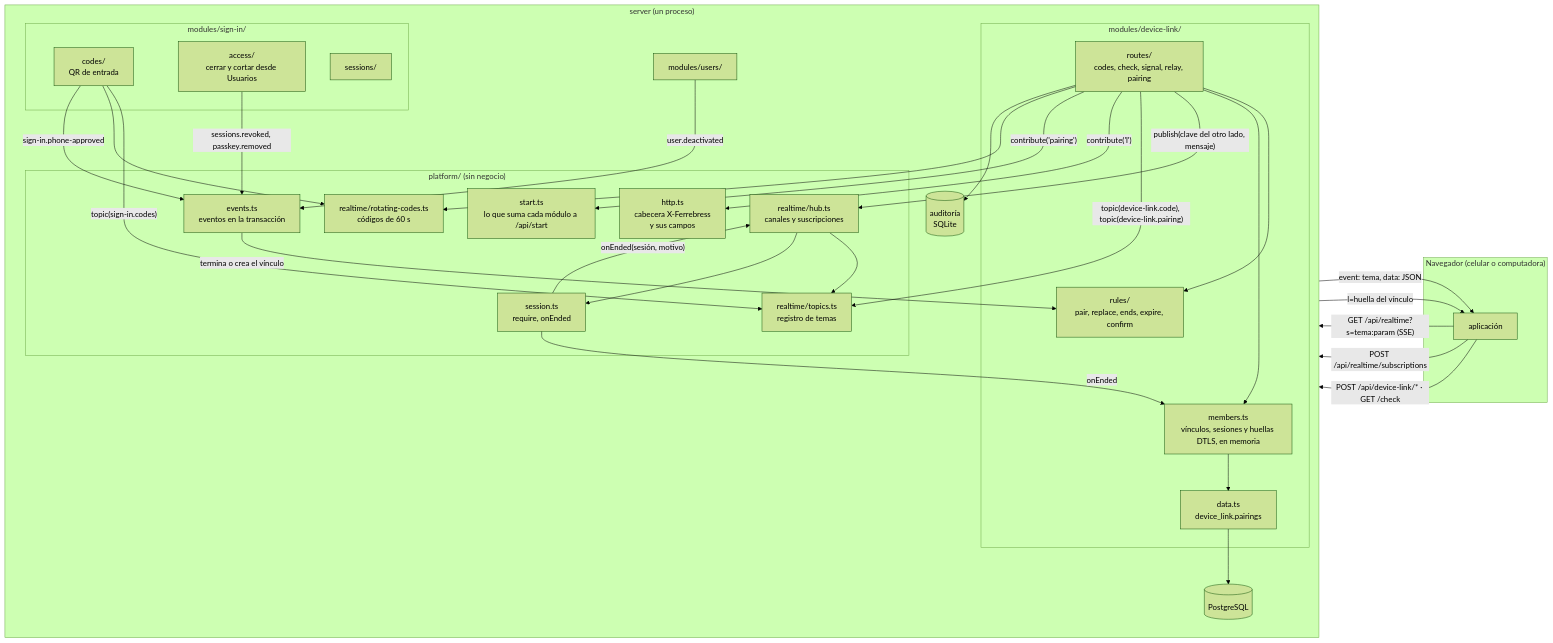
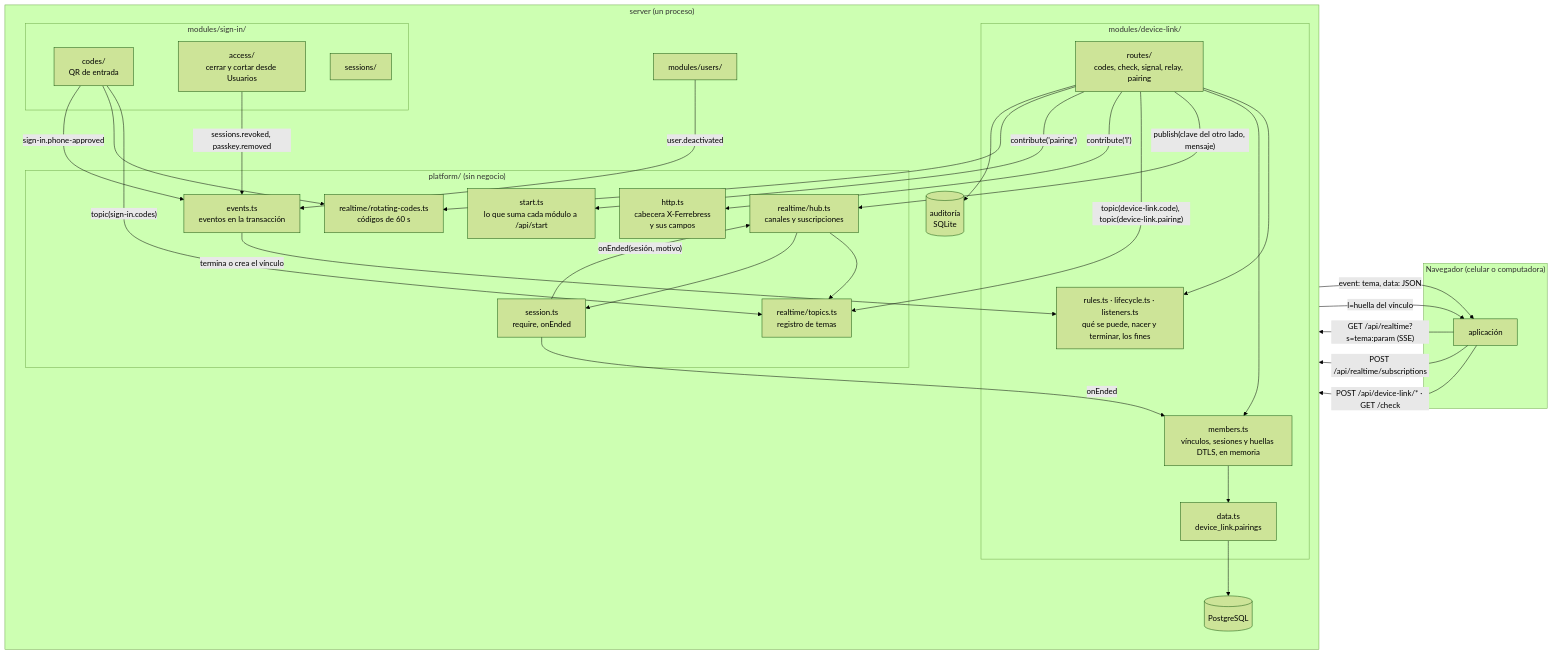
One commit to carlos-illobre/ferrebress changed the first of 13 diagrams in docs/technical/modules/device-link.md. Above: the diagram before and after it, drawn with Mermaid (forest theme). The commit also changed other lines of this file and 15 other files, not shown here.

````diff
--- a/docs/technical/modules/device-link.md
+++ b/docs/technical/modules/device-link.md
@@ -71,59 +71,59 @@
 ```mermaid
 flowchart LR
   subgraph browser["Navegador (celular o computadora)"]
     APP["aplicación"]
   end
   subgraph server["server (un proceso)"]
     direction TB
     subgraph platform["platform/ (sin negocio)"]
       HTTP["http.ts<br/>cabecera X-Ferrebress<br/>y sus campos"]
       HUB["realtime/hub.ts<br/>canales y suscripciones"]
       TOPICS["realtime/topics.ts<br/>registro de temas"]
       ROT["realtime/rotating-codes.ts<br/>códigos de 60 s"]
       SESS["session.ts<br/>require, onEnded"]
       EV["events.ts<br/>eventos en la transacción"]
       START["start.ts<br/>lo que suma cada módulo a /api/start"]
     end
     subgraph dl["modules/device-link/"]
       DLR["routes/<br/>codes, check, signal, relay, pairing"]
-      DLRU["rules/<br/>pair, replace, ends, expire, confirm"]
+      DLRU["rules.ts · lifecycle.ts · listeners.ts<br/>qué se puede, nacer y terminar, los fines"]
       DLD["data.ts<br/>device_link.pairings"]
       DLM["members.ts<br/>vínculos, sesiones y huellas DTLS, en memoria"]
     end
     subgraph si["modules/sign-in/"]
       SIC["codes/<br/>QR de entrada"]
       SIA["access/<br/>cerrar y cortar desde Usuarios"]
       SIS["sessions/"]
     end
     U["modules/users/"]
     AUD[("auditoría<br/>SQLite")]
     PG[("PostgreSQL")]
   end
 
   APP -- "GET /api/realtime?s=tema:param (SSE)" --> HUB
   APP -- "POST /api/realtime/subscriptions" --> HUB
   APP -- "POST /api/device-link/* · GET /check" --> DLR
   HUB -- "event: tema, data: JSON" --> APP
   HTTP -- "l=huella del vínculo" --> APP
 
   HUB --> TOPICS
   HUB --> SESS
   DLR --> DLRU
   DLR --> DLM
   DLM --> DLD
   DLD --> PG
   DLR -- "publish(clave del otro lado, mensaje)" --> HUB
   DLR -- "topic(device-link.code), topic(device-link.pairing)" --> TOPICS
   DLR -- "contribute('l')" --> HTTP
   DLR -- "contribute('pairing')" --> START
   DLR --> ROT
   SIC -- "topic(sign-in.codes)" --> TOPICS
   SIC --> ROT
   SIC -- "sign-in.phone-approved" --> EV
   SIA -- "sessions.revoked, passkey.removed" --> EV
   U -- "user.deactivated" --> EV
   EV -- "termina o crea el vínculo" --> DLRU
   SESS -- "onEnded(sesión, motivo)" --> HUB
   SESS -- "onEnded" --> DLM
   DLR --> AUD
 ```
````
